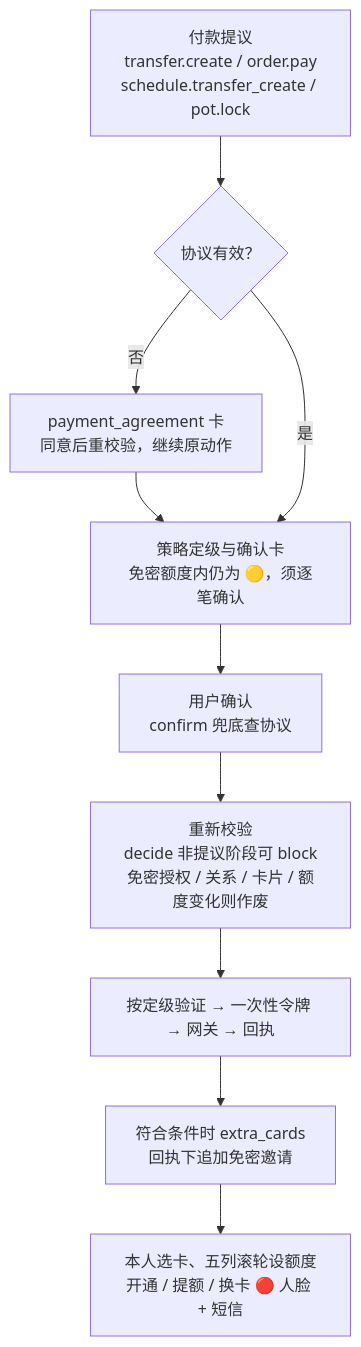
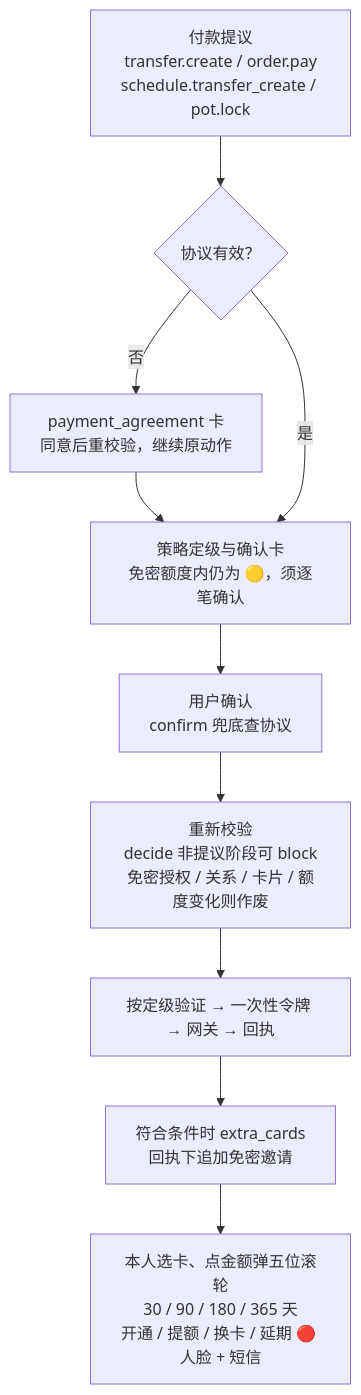
The sixth of 10 diagrams in docs/07-架构图.md (SuperWheel/saydo-agent), drawn with Mermaid before and after one commit. The commit also changed other lines of this file and 9 other files, not shown here.

````diff
--- a/docs/07-架构图.md
+++ b/docs/07-架构图.md
@@ -251,12 +251,12 @@
 ```mermaid
 flowchart TD
     P[付款提议<br/>transfer.create / order.pay<br/>schedule.transfer_create / pot.lock] --> A{协议有效？}
     A -->|否| S[payment_agreement 卡<br/>同意后重校验，继续原动作]
     S --> C
     A -->|是| C[策略定级与确认卡<br/>免密额度内仍为 🟡，须逐笔确认]
     C --> U[用户确认<br/>confirm 兜底查协议]
     U --> R[重新校验<br/>decide 非提议阶段可 block<br/>免密授权 / 关系 / 卡片 / 额度变化则作废]
     R --> V[按定级验证 → 一次性令牌 → 网关 → 回执]
     V --> I[符合条件时 extra_cards<br/>回执下追加免密邀请]
-    I --> F[本人选卡、五列滚轮设额度<br/>开通 / 提额 / 换卡 🔴 人脸 + 短信]
+    I --> F[本人选卡、点金额弹五位滚轮<br/>30 / 90 / 180 / 365 天<br/>开通 / 提额 / 换卡 / 延期 🔴 人脸 + 短信]
 ```
````
